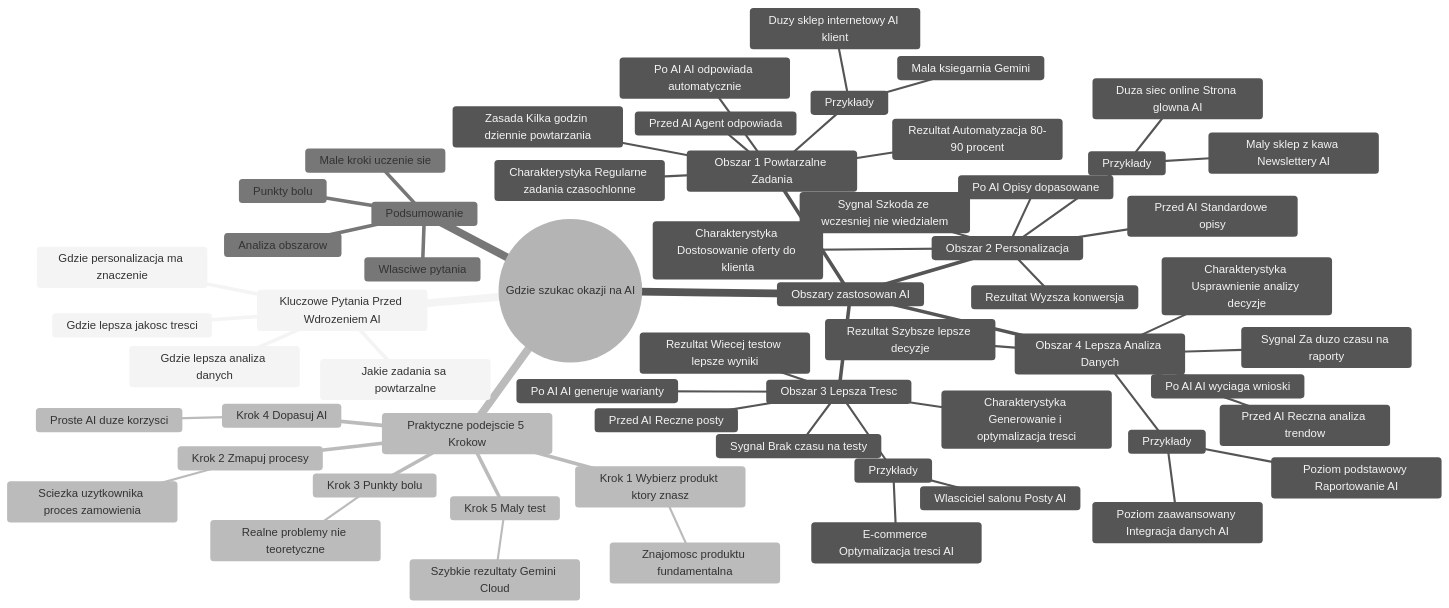
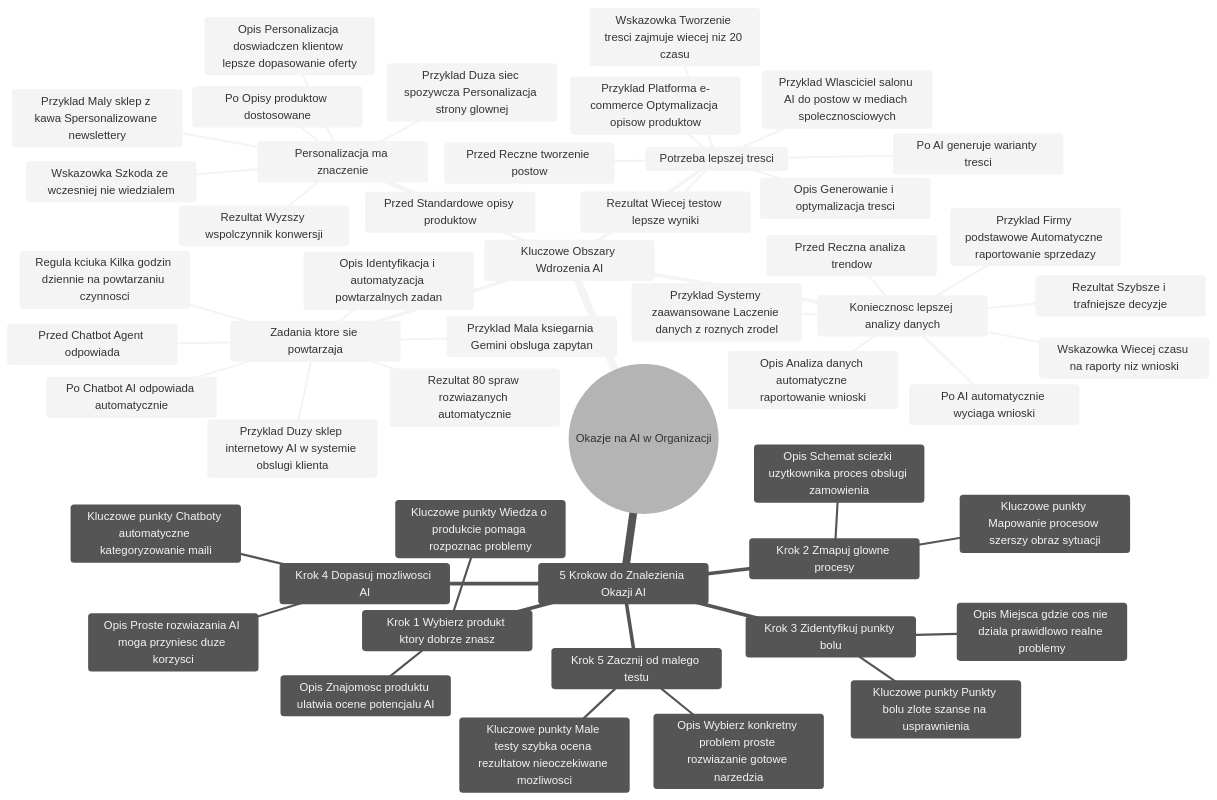
The diagram in ai_umiejetnosci_jutra/T2D1 - Lekcje wideo - 3. Gdzie szukać okazji na AI w firmie.md (azdolinski/ai_docs), drawn with Mermaid (neutral theme) before and after one commit. The commit also changed other lines of this file, not shown here.

````diff
--- a/ai_umiejetnosci_jutra/T2D1 - Lekcje wideo - 3. Gdzie szukać okazji na AI w firmie.md
+++ b/ai_umiejetnosci_jutra/T2D1 - Lekcje wideo - 3. Gdzie szukać okazji na AI w firmie.md
@@ -5,62 +5,53 @@
 ```mermaid
 mindmap
-  root((Gdzie szukac okazji na AI))
-    Kluczowe Pytania Przed Wdrozeniem AI
-      Jakie zadania sa powtarzalne
-      Gdzie personalizacja ma znaczenie
-      Gdzie lepsza jakosc tresci
-      Gdzie lepsza analiza danych
-    Obszary zastosowan AI
-      Obszar 1 Powtarzalne Zadania
-        Charakterystyka Regularne zadania czasochlonne
-        Przykłady
-          Mala ksiegarnia Gemini
-          Duzy sklep internetowy AI klient
-        Przed AI Agent odpowiada
-        Po AI AI odpowiada automatycznie
-        Rezultat Automatyzacja 80-90 procent
-        Zasada Kilka godzin dziennie powtarzania
-      Obszar 2 Personalizacja
-        Charakterystyka Dostosowanie oferty do klienta
-        Przykłady
-          Maly sklep z kawa Newslettery AI
-          Duza siec online Strona glowna AI
-        Przed AI Standardowe opisy
-        Po AI Opisy dopasowane
-        Rezultat Wyzsza konwersja
-        Sygnal Szkoda ze wczesniej nie wiedzialem
-      Obszar 3 Lepsza Tresc
-        Charakterystyka Generowanie i optymalizacja tresci
-        Przykłady
-          Wlasciciel salonu Posty AI
-          E-commerce Optymalizacja tresci AI
-        Przed AI Reczne posty
-        Po AI AI generuje warianty
+  root((Okazje na AI w Organizacji))
+    Kluczowe Obszary Wdrozenia AI
+      Zadania ktore sie powtarzaja
+        Opis Identyfikacja i automatyzacja powtarzalnych zadan
+        Przyklad Mala ksiegarnia Gemini obsluga zapytan
+        Przyklad Duzy sklep internetowy AI w systemie obslugi klienta
+        Przed Chatbot Agent odpowiada
+        Po Chatbot AI odpowiada automatycznie
+        Rezultat 80 spraw rozwiazanych automatycznie
+        Regula kciuka Kilka godzin dziennie na powtarzaniu czynnosci
+      Personalizacja ma znaczenie
+        Opis Personalizacja doswiadczen klientow lepsze dopasowanie oferty
+        Przyklad Maly sklep z kawa Spersonalizowane newslettery
+        Przyklad Duza siec spozywcza Personalizacja strony glownej
+        Przed Standardowe opisy produktow
+        Po Opisy produktow dostosowane
+        Rezultat Wyzszy wspolczynnik konwersji
+        Wskazowka Szkoda ze wczesniej nie wiedzialem
+      Potrzeba lepszej tresci
+        Opis Generowanie i optymalizacja tresci
+        Przyklad Wlasciciel salonu AI do postow w mediach spolecznosciowych
+        Przyklad Platforma e-commerce Optymalizacja opisow produktow
+        Przed Reczne tworzenie postow
+        Po AI generuje warianty tresci
         Rezultat Wiecej testow lepsze wyniki
-        Sygnal Brak czasu na testy
-      Obszar 4 Lepsza Analiza Danych
-        Charakterystyka Usprawnienie analizy decyzje
-        Przykłady
-          Poziom podstawowy Raportowanie AI
-          Poziom zaawansowany Integracja danych AI
-        Przed AI Reczna analiza trendow
-        Po AI AI wyciaga wnioski
-        Rezultat Szybsze lepsze decyzje
-        Sygnal Za duzo czasu na raporty
-    Praktyczne podejscie 5 Krokow
-      Krok 1 Wybierz produkt ktory znasz
-        Znajomosc produktu fundamentalna
-      Krok 2 Zmapuj procesy
-        Sciezka uzytkownika proces zamowienia
-      Krok 3 Punkty bolu
-        Realne problemy nie teoretyczne
-      Krok 4 Dopasuj AI
-        Proste AI duze korzysci
-      Krok 5 Maly test
-        Szybkie rezultaty Gemini Cloud
-    Podsumowanie
-      Analiza obszarow
-      Wlasciwe pytania
-      Punkty bolu
-      Male kroki uczenie sie
+        Wskazowka Tworzenie tresci zajmuje wiecej niz 20 czasu
+      Koniecznosc lepszej analizy danych
+        Opis Analiza danych automatyczne raportowanie wnioski
+        Przyklad Firmy podstawowe Automatyczne raportowanie sprzedazy
+        Przyklad Systemy zaawansowane Laczenie danych z roznych zrodel
+        Przed Reczna analiza trendow
+        Po AI automatycznie wyciaga wnioski
+        Rezultat Szybsze i trafniejsze decyzje
+        Wskazowka Wiecej czasu na raporty niz wnioski
+    5 Krokow do Znalezienia Okazji AI
+      Krok 1 Wybierz produkt ktory dobrze znasz
+        Opis Znajomosc produktu ulatwia ocene potencjalu AI
+        Kluczowe punkty Wiedza o produkcie pomaga rozpoznac problemy
+      Krok 2 Zmapuj glowne procesy
+        Opis Schemat sciezki uzytkownika proces obslugi zamowienia
+        Kluczowe punkty Mapowanie procesow szerszy obraz sytuacji
+      Krok 3 Zidentyfikuj punkty bolu
+        Opis Miejsca gdzie cos nie dziala prawidlowo realne problemy
+        Kluczowe punkty Punkty bolu zlote szanse na usprawnienia
+      Krok 4 Dopasuj mozliwosci AI
+        Opis Proste rozwiazania AI moga przyniesc duze korzysci
+        Kluczowe punkty Chatboty automatyczne kategoryzowanie maili
+      Krok 5 Zacznij od malego testu
+        Opis Wybierz konkretny problem proste rozwiazanie gotowe narzedzia
+        Kluczowe punkty Male testy szybka ocena rezultatow nieoczekiwane mozliwosci
 ```
````
